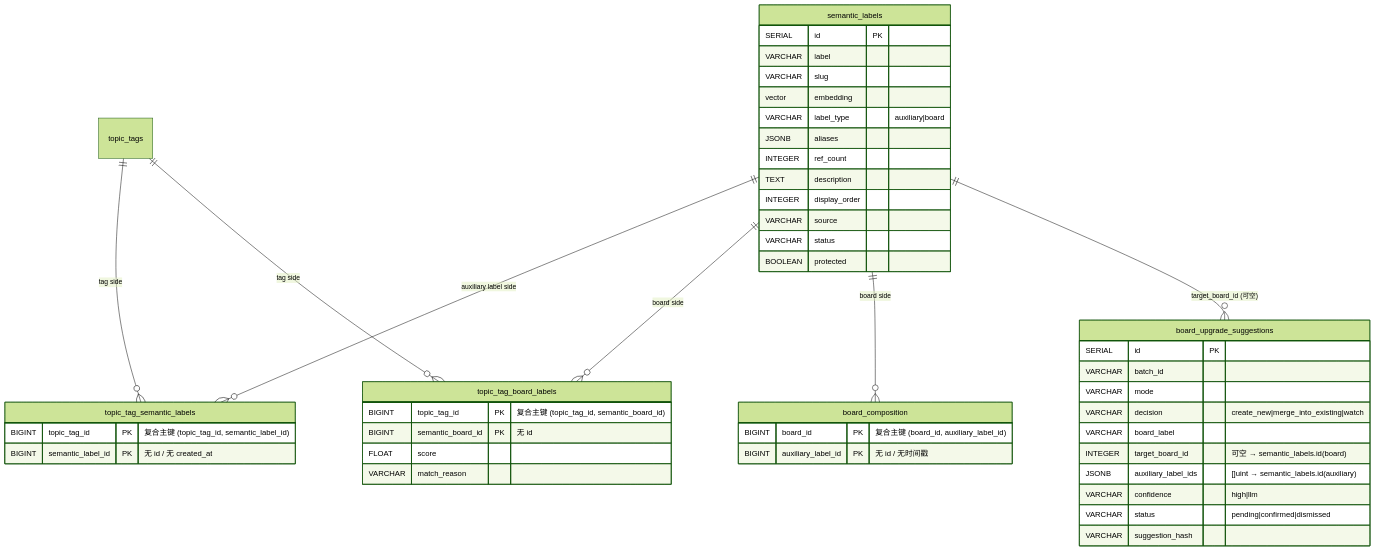
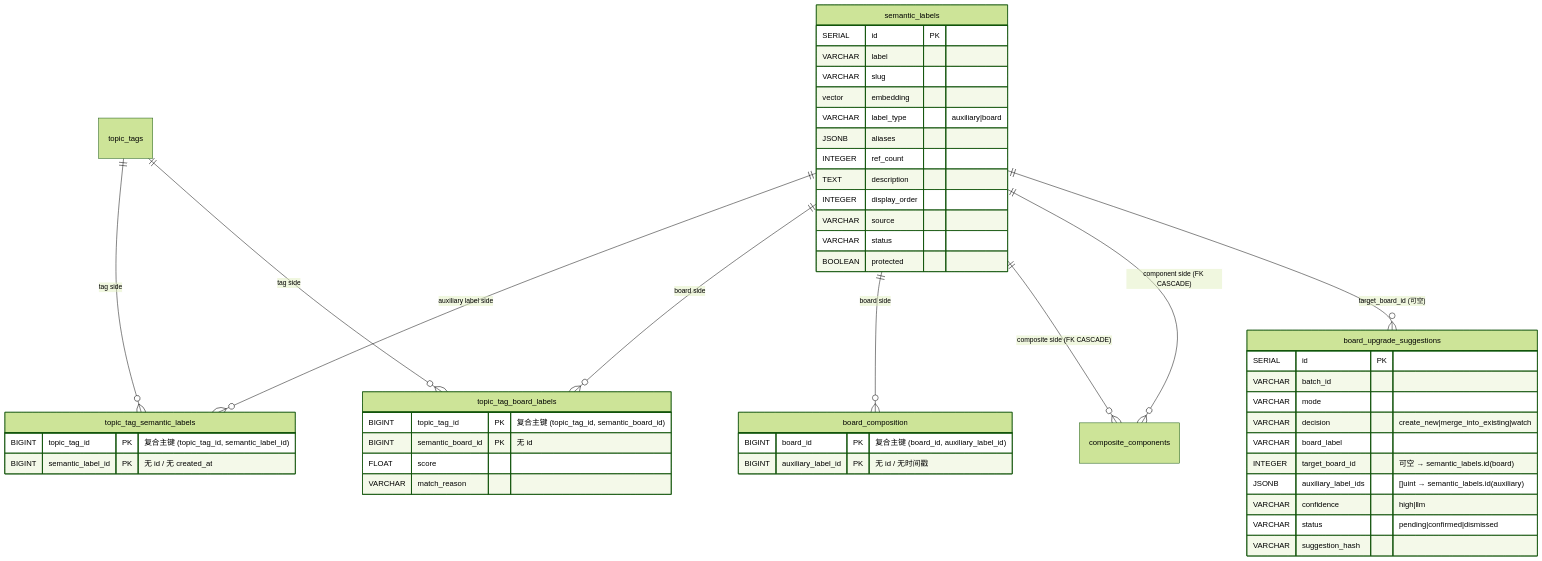
The third of 7 diagrams in docs/reference/database/ER_DIAGRAM.md (ZanebonoAlter/my-robot), drawn with Mermaid (forest theme) before and after one commit. The commit also changed other lines of this file and 296 other files, not shown here.

````diff
--- a/docs/reference/database/ER_DIAGRAM.md
+++ b/docs/reference/database/ER_DIAGRAM.md
@@ -235,50 +235,52 @@
 ```mermaid
 erDiagram
     semantic_labels ||--o{ topic_tag_semantic_labels : "auxiliary label side"
     semantic_labels ||--o{ topic_tag_board_labels : "board side"
     semantic_labels ||--o{ board_composition : "board side"
+    semantic_labels ||--o{ composite_components : "composite side (FK CASCADE)"
+    semantic_labels ||--o{ composite_components : "component side (FK CASCADE)"
     semantic_labels ||--o{ board_upgrade_suggestions : "target_board_id (可空)"
     topic_tags ||--o{ topic_tag_semantic_labels : "tag side"
     topic_tags ||--o{ topic_tag_board_labels : "tag side"
 
     semantic_labels {
         SERIAL id PK
         VARCHAR label
         VARCHAR slug
         vector embedding
         VARCHAR label_type "auxiliary|board"
         JSONB aliases
         INTEGER ref_count
         TEXT description
         INTEGER display_order
         VARCHAR source
         VARCHAR status
         BOOLEAN protected
     }
     topic_tag_semantic_labels {
         BIGINT topic_tag_id PK "复合主键 (topic_tag_id, semantic_label_id)"
         BIGINT semantic_label_id PK "无 id / 无 created_at"
     }
     topic_tag_board_labels {
         BIGINT topic_tag_id PK "复合主键 (topic_tag_id, semantic_board_id)"
         BIGINT semantic_board_id PK "无 id"
         FLOAT score
         VARCHAR match_reason
     }
     board_composition {
         BIGINT board_id PK "复合主键 (board_id, auxiliary_label_id)"
         BIGINT auxiliary_label_id PK "无 id / 无时间戳"
     }
     board_upgrade_suggestions {
         SERIAL id PK
         VARCHAR batch_id
         VARCHAR mode
         VARCHAR decision "create_new|merge_into_existing|watch"
         VARCHAR board_label
         INTEGER target_board_id "可空 → semantic_labels.id(board)"
         JSONB auxiliary_label_ids "[]uint → semantic_labels.id(auxiliary)"
         VARCHAR confidence "high|llm"
         VARCHAR status "pending|confirmed|dismissed"
         VARCHAR suggestion_hash
     }
 ```
````
